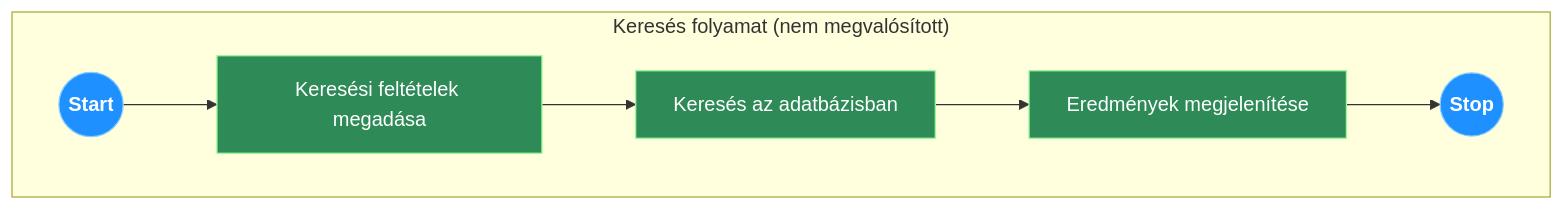
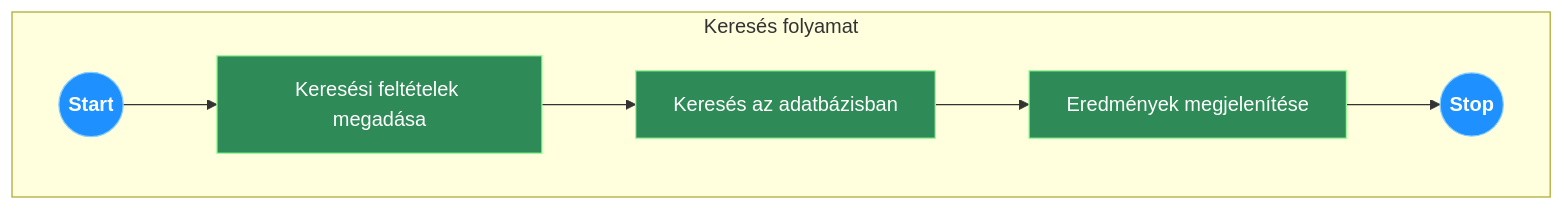
The first of 8 diagrams in docs/1. Rendszerterv dokumentáció.MD (bencebenko/afp-recipe-sharing), drawn with Mermaid before and after one commit. The commit also changed other lines of this file and 3 other files, not shown here.

````diff
--- a/docs/1. Rendszerterv dokumentáció.MD
+++ b/docs/1. Rendszerterv dokumentáció.MD
@@ -183,15 +258,15 @@
 ```mermaid
 flowchart LR
     classDef startstop fill:#1E90FF,stroke:#87CEFA,color:#fff,font-weight:bold;
     classDef action fill:#2E8B57,stroke:#98FB98,color:#fff;
     classDef decision fill:#DAA520,stroke:#FFD700,color:#000,font-weight:bold;
     classDef error fill:#B22222,stroke:#FF7F7F,color:#fff;
 
-    subgraph "Keresés folyamat (nem megvalósított)"
+    subgraph "Keresés folyamat"
         direction LR
         A((Start)):::startstop --> B["Keresési feltételek megadása"]:::action
         B --> C["Keresés az adatbázisban"]:::action
         C --> D["Eredmények megjelenítése"]:::action
         D --> E((Stop)):::startstop
     end
-```
+```    
````
